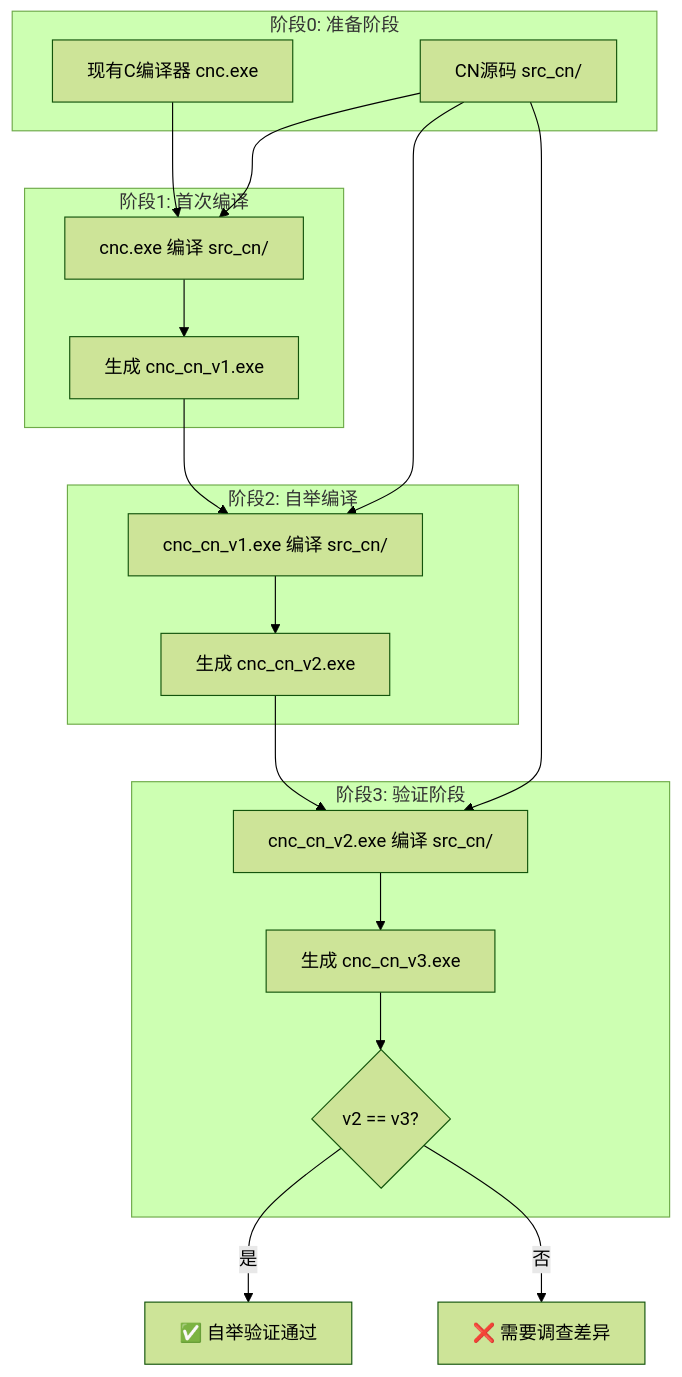
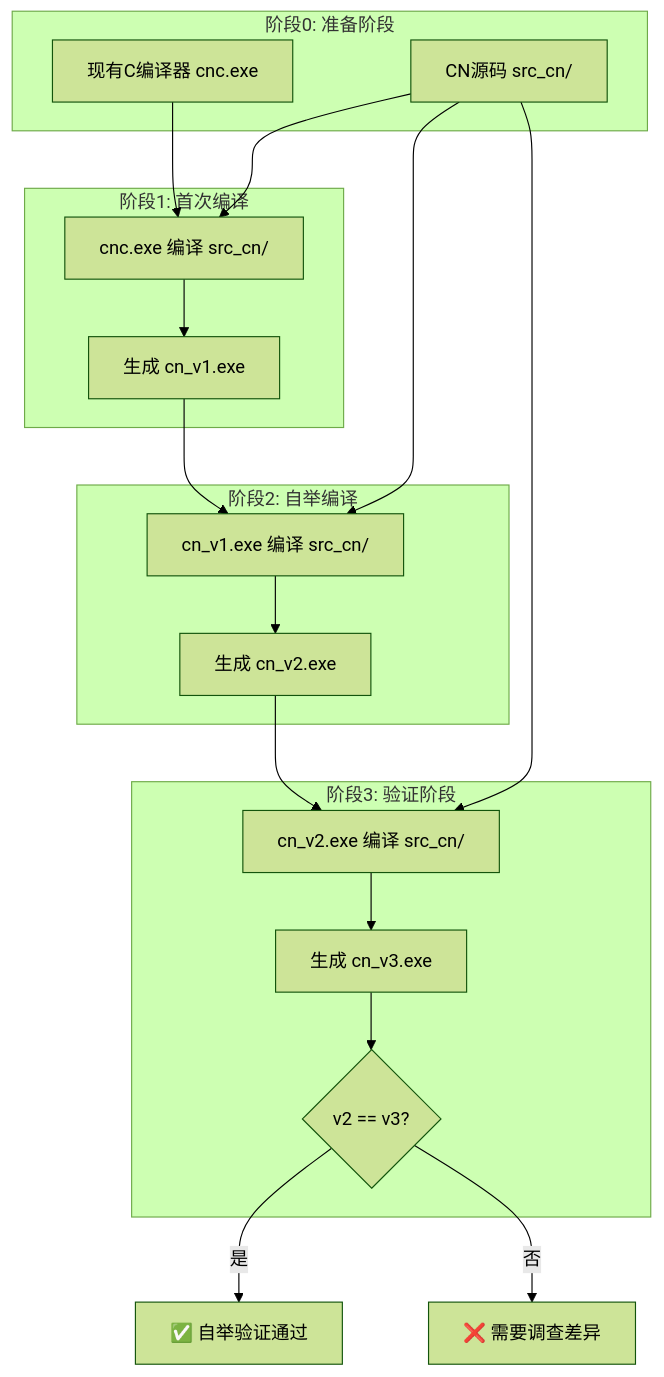
The fourth of 10 diagrams in plans/014 CN语言自托管编译器技术设计文档.md (ChenChao-HuaiAn/CN_Language), drawn with Mermaid (forest theme) before and after one commit. The commit also changed other lines of this file and 11 other files, not shown here.

````diff
--- a/plans/014 CN语言自托管编译器技术设计文档.md
+++ b/plans/014 CN语言自托管编译器技术设计文档.md
@@ -591,36 +616,36 @@
 ```mermaid
 flowchart TB
     subgraph 阶段0[阶段0: 准备阶段]
         A1[现有C编译器 cnc.exe]
         A2[CN源码 src_cn/]
     end
     
     subgraph 阶段1[阶段1: 首次编译]
         B1[cnc.exe 编译 src_cn/]
-        B2[生成 cnc_cn_v1.exe]
+        B2[生成 cn_v1.exe]
     end
     
     subgraph 阶段2[阶段2: 自举编译]
-        C1[cnc_cn_v1.exe 编译 src_cn/]
-        C2[生成 cnc_cn_v2.exe]
+        C1[cn_v1.exe 编译 src_cn/]
+        C2[生成 cn_v2.exe]
     end
     
     subgraph 阶段3[阶段3: 验证阶段]
-        D1[cnc_cn_v2.exe 编译 src_cn/]
-        D2[生成 cnc_cn_v3.exe]
+        D1[cn_v2.exe 编译 src_cn/]
+        D2[生成 cn_v3.exe]
         D3{v2 == v3?}
     end
     
     A1 --> B1
     A2 --> B1
     B1 --> B2
     B2 --> C1
     A2 --> C1
     C1 --> C2
     C2 --> D1
     A2 --> D1
     D1 --> D2
     D2 --> D3
     D3 -->|是| SUCCESS[✅ 自举验证通过]
     D3 -->|否| FAIL[❌ 需要调查差异]
 ```
````
